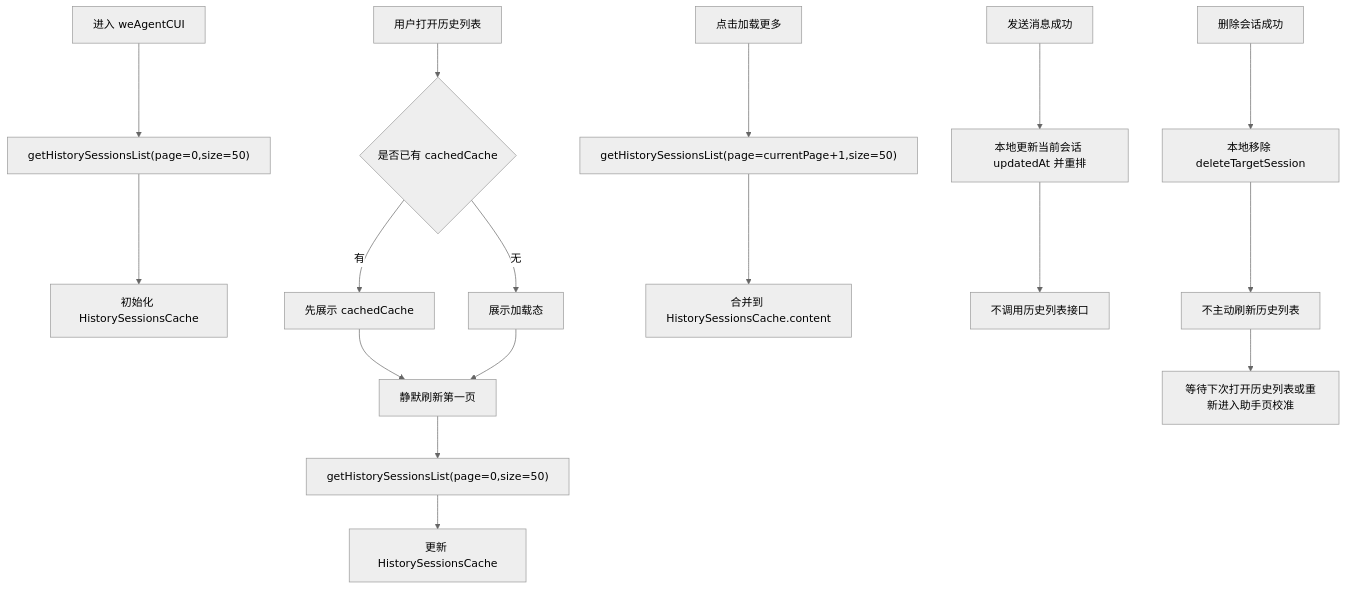
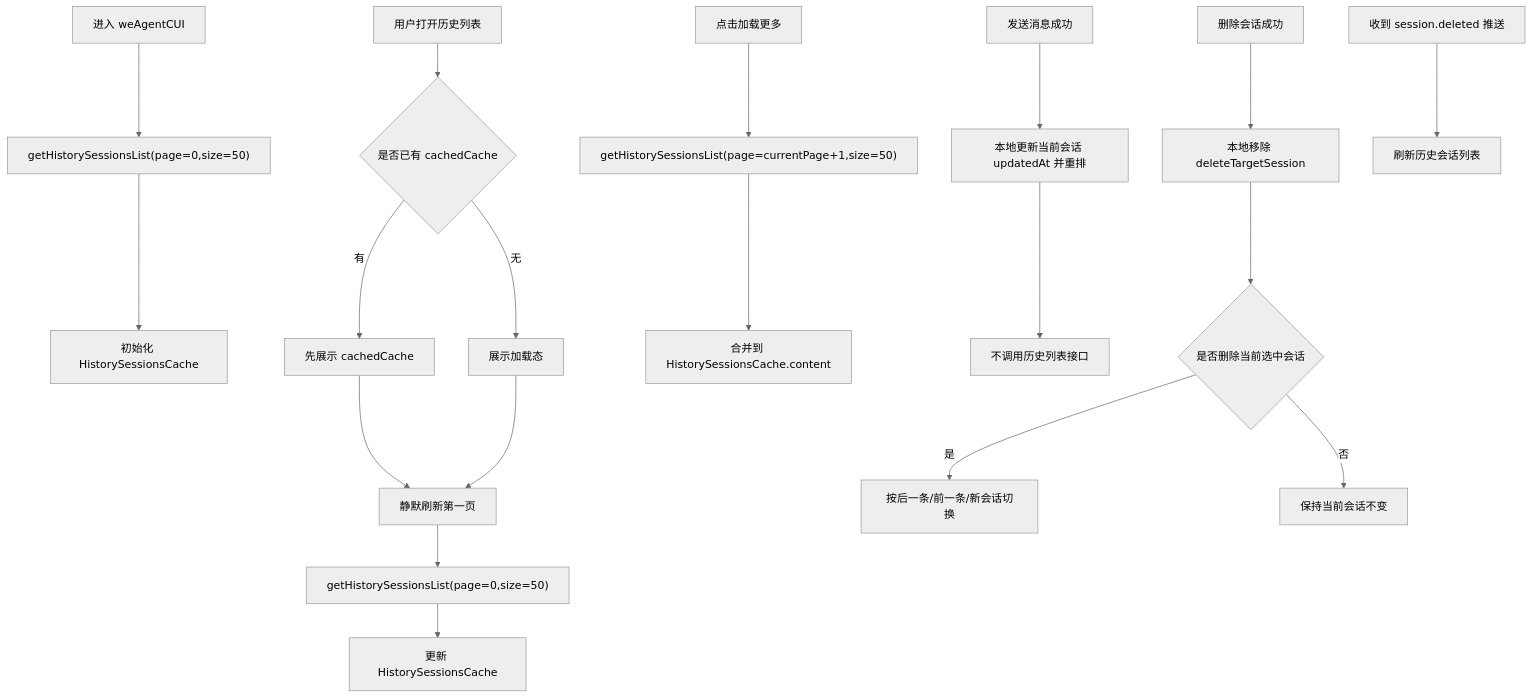
One commit to Abelsjcheng/skillSDK changed the second of 5 diagrams in ai-chat-viewer/docs/plans/2026-06-04-we-agent-history-session-delete-plan.md. Above: the diagram before and after it, drawn with Mermaid (neutral theme). The commit also changed other lines of this file and 22 other files, not shown here.

````diff
--- a/ai-chat-viewer/docs/plans/2026-06-04-we-agent-history-session-delete-plan.md
+++ b/ai-chat-viewer/docs/plans/2026-06-04-we-agent-history-session-delete-plan.md
@@ -61,23 +61,25 @@
 ```mermaid
 flowchart TD
     A["进入 weAgentCUI"] --> B["getHistorySessionsList(page=0,size=50)"]
     B --> C["初始化 HistorySessionsCache"]
 
     D["用户打开历史列表"] --> E{"是否已有 cachedCache"}
     E -->|"有"| F["先展示 cachedCache"]
     E -->|"无"| G["展示加载态"]
     F --> H["静默刷新第一页"]
     G --> H
     H --> I["getHistorySessionsList(page=0,size=50)"]
     I --> J["更新 HistorySessionsCache"]
 
     K["点击加载更多"] --> L["getHistorySessionsList(page=currentPage+1,size=50)"]
     L --> M["合并到 HistorySessionsCache.content"]
 
     N["发送消息成功"] --> O["本地更新当前会话 updatedAt 并重排"]
     O --> P["不调用历史列表接口"]
 
     Q["删除会话成功"] --> R["本地移除 deleteTargetSession"]
-    R --> S["不主动刷新历史列表"]
-    S --> T["等待下次打开历史列表或重新进入助手页校准"]
+    R --> S{"是否删除当前选中会话"}
+    S -->|"是"| T["按后一条/前一条/新会话切换"]
+    S -->|"否"| U["保持当前会话不变"]
+    V["收到 session.deleted 推送"] --> W["刷新历史会话列表"]
 ```
````
